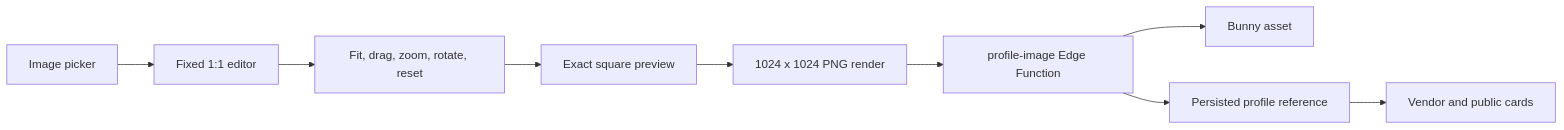
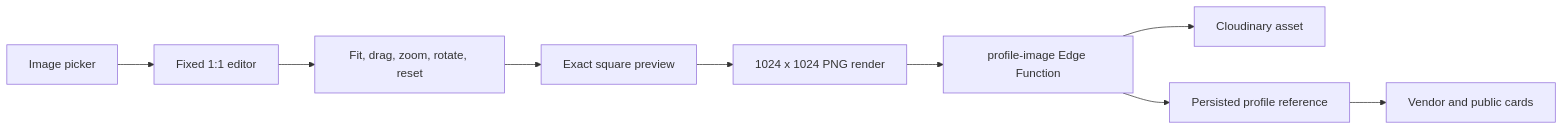
One commit to RoyalLagn/ROYAL-2.0 changed the fifth of 6 diagrams in docs/ARCHITECTURE.md. Above: the diagram before and after it, drawn with Mermaid. The commit also changed other lines of this file and 83 other files, not shown here.

Commit message:
Migrate media delivery from Bunny to Cloudinary

````diff
--- a/docs/ARCHITECTURE.md
+++ b/docs/ARCHITECTURE.md
@@ -207,11 +207,11 @@
 ```mermaid
 flowchart LR
     Pick[Image picker] --> Editor[Fixed 1:1 editor]
     Editor --> Transform[Fit, drag, zoom, rotate, reset]
     Transform --> Preview[Exact square preview]
     Preview --> Render[1024 x 1024 PNG render]
     Render --> Function[profile-image Edge Function]
-    Function --> Bunny[Bunny asset]
+    Function --> Cloudinary[Cloudinary asset]
     Function --> DB[Persisted profile reference]
     DB --> Cards[Vendor and public cards]
 ```
````
